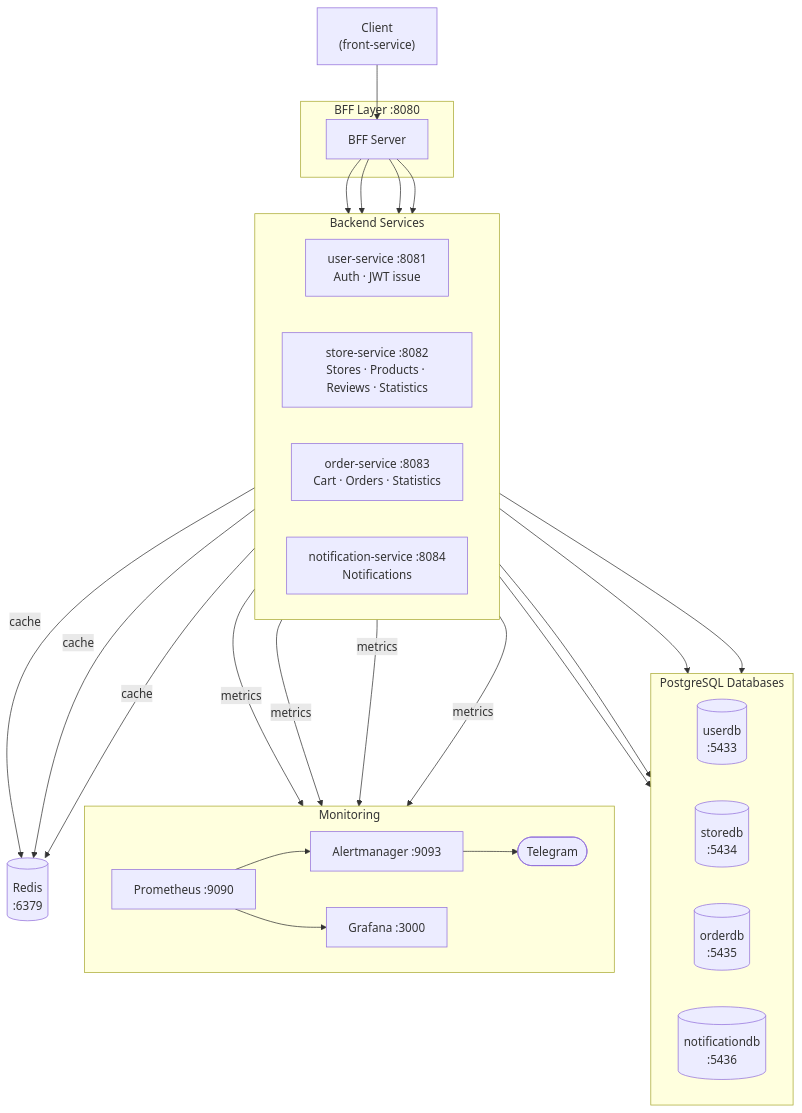
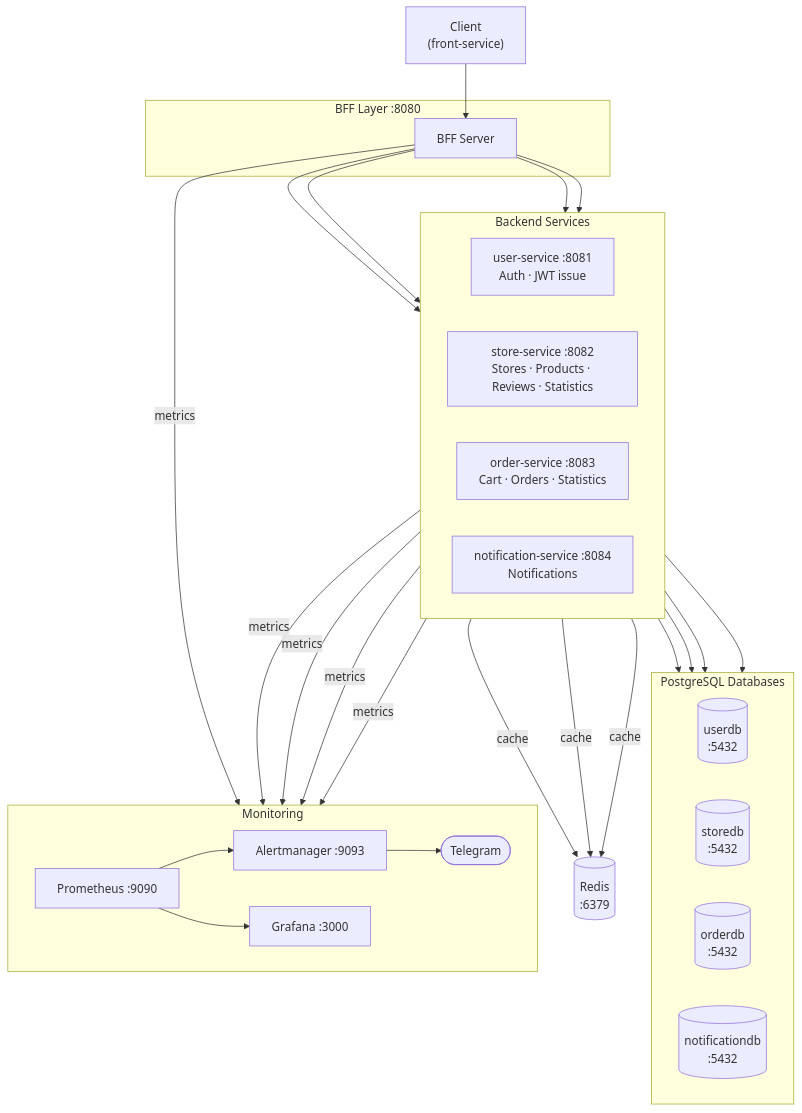
The first of 7 diagrams in README.md (proLmpa/Deliprac), drawn with Mermaid before and after one commit. The commit also changed other lines of this file, not shown here.

````diff
--- a/README.md
+++ b/README.md
@@ -10,44 +10,44 @@
 ```mermaid
 flowchart TB
     C["Client\n(front-service)"]
 
     subgraph bff ["BFF Layer :8080"]
         BFF["BFF Server"]
     end
 
     subgraph svc ["Backend Services"]
         direction LR
         US["user-service :8081\nAuth · JWT issue"]
         SS["store-service :8082\nStores · Products · Reviews · Statistics"]
         OS["order-service :8083\nCart · Orders · Statistics"]
         NS["notification-service :8084\nNotifications"]
     end
 
     subgraph db ["PostgreSQL Databases"]
         direction LR
-        UD[("userdb\n:5433")]
-        SD[("storedb\n:5434")]
-        OD[("orderdb\n:5435")]
-        ND[("notificationdb\n:5436")]
+        UD[("userdb\n:5432")]
+        SD[("storedb\n:5432")]
+        OD[("orderdb\n:5432")]
+        ND[("notificationdb\n:5432")]
     end
 
     RD[("Redis\n:6379")]
 
     subgraph mon ["Monitoring"]
         direction LR
         PR["Prometheus :9090"] --> AM["Alertmanager :9093"] --> TG(["Telegram"])
         PR --> GF["Grafana :3000"]
     end
 
     C --> BFF
     BFF --> US & SS & OS & NS
 
     US --> UD
     SS --> SD
     OS --> OD
     NS --> ND
 
     SS & OS & NS -->|cache| RD
 
-    US & SS & OS & NS -->|metrics| PR
+    BFF & US & SS & OS & NS -->|metrics| PR
 ```
````
